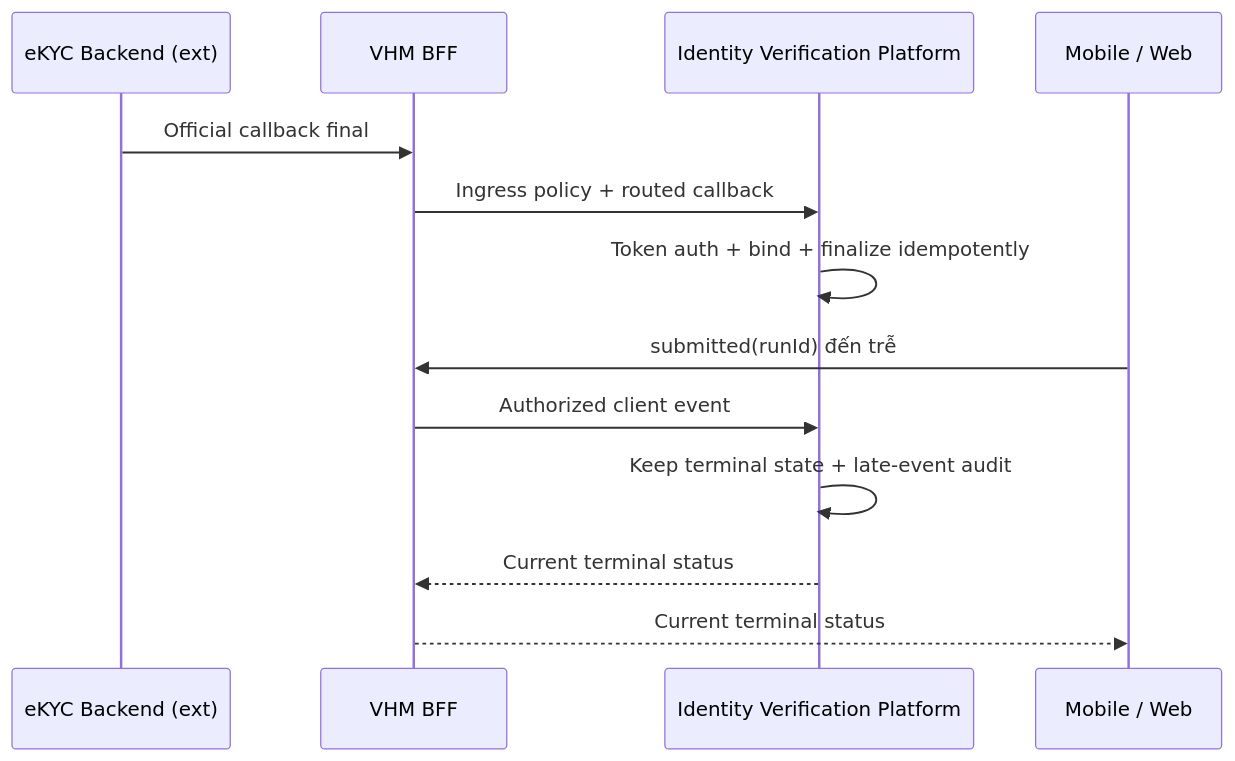
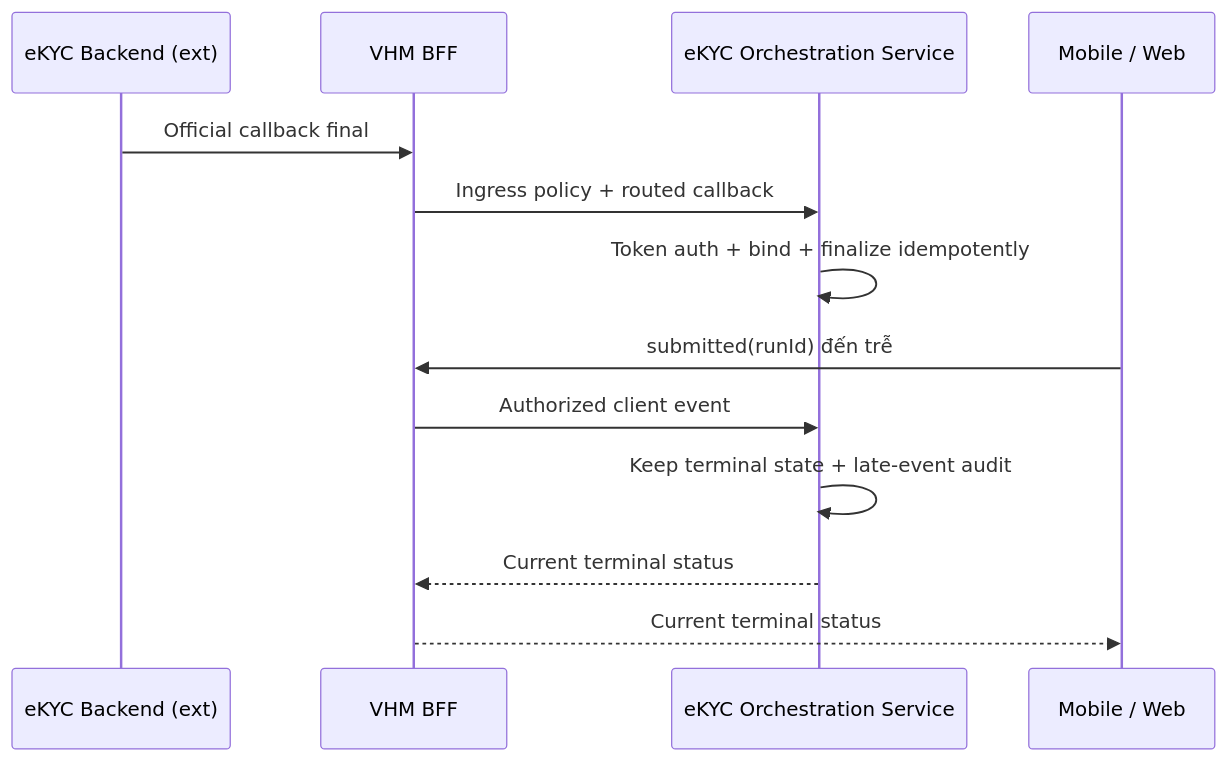
One commit to huynv-xyz/vhm changed diagram 13 of 16 in README.md. Above: the diagram before and after it, drawn with Mermaid. The commit also changed other lines of this file, not shown here.

````diff
--- a/README.md
+++ b/README.md
@@ -1210,15 +1213,15 @@
 ```mermaid
 sequenceDiagram
     participant BACKEND as eKYC Backend (ext)
     participant BFF as VHM BFF
-    participant IV as Identity Verification Platform
+    participant Orchestrator as eKYC Orchestration Service
     participant CLIENT as Mobile / Web
     BACKEND->>BFF: Official callback final
-    BFF->>IV: Ingress policy + routed callback
-    IV->>IV: Token auth + bind + finalize idempotently
+    BFF->>Orchestrator: Ingress policy + routed callback
+    Orchestrator->>Orchestrator: Token auth + bind + finalize idempotently
     CLIENT->>BFF: submitted(runId) đến trễ
-    BFF->>IV: Authorized client event
-    IV->>IV: Keep terminal state + late-event audit
-    IV-->>BFF: Current terminal status
+    BFF->>Orchestrator: Authorized client event
+    Orchestrator->>Orchestrator: Keep terminal state + late-event audit
+    Orchestrator-->>BFF: Current terminal status
     BFF-->>CLIENT: Current terminal status
 ```
````
